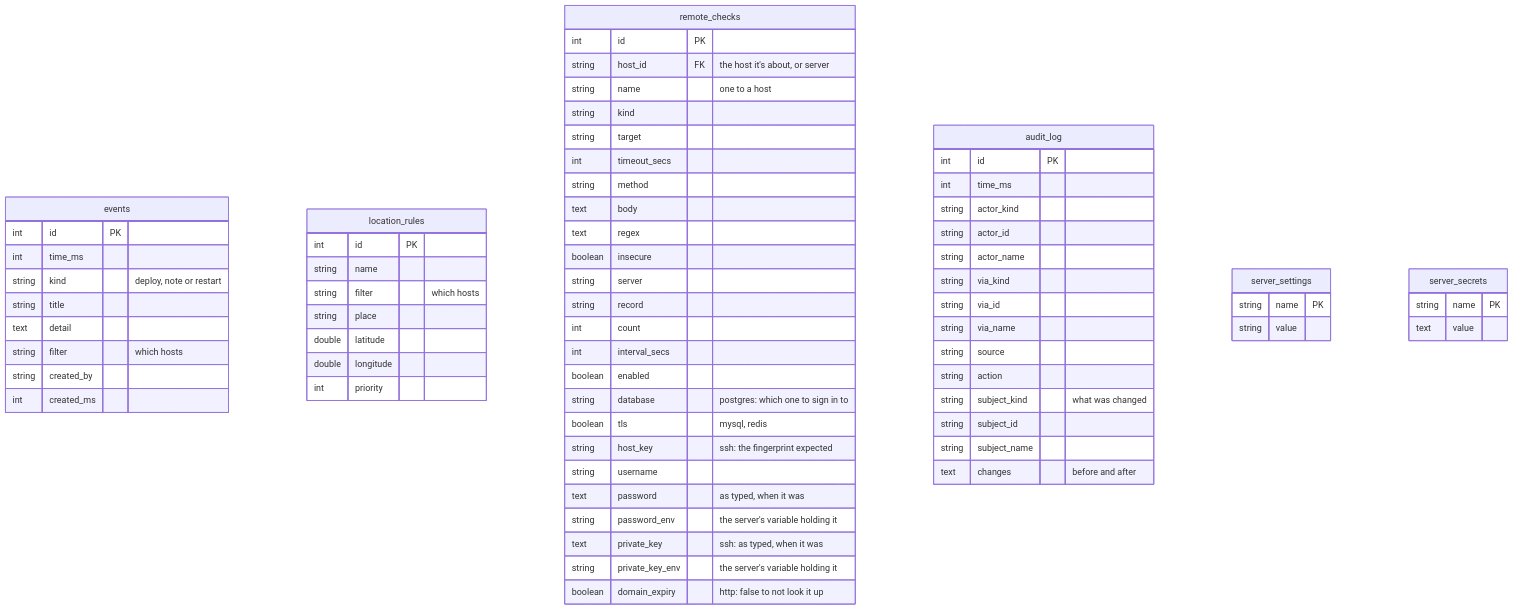
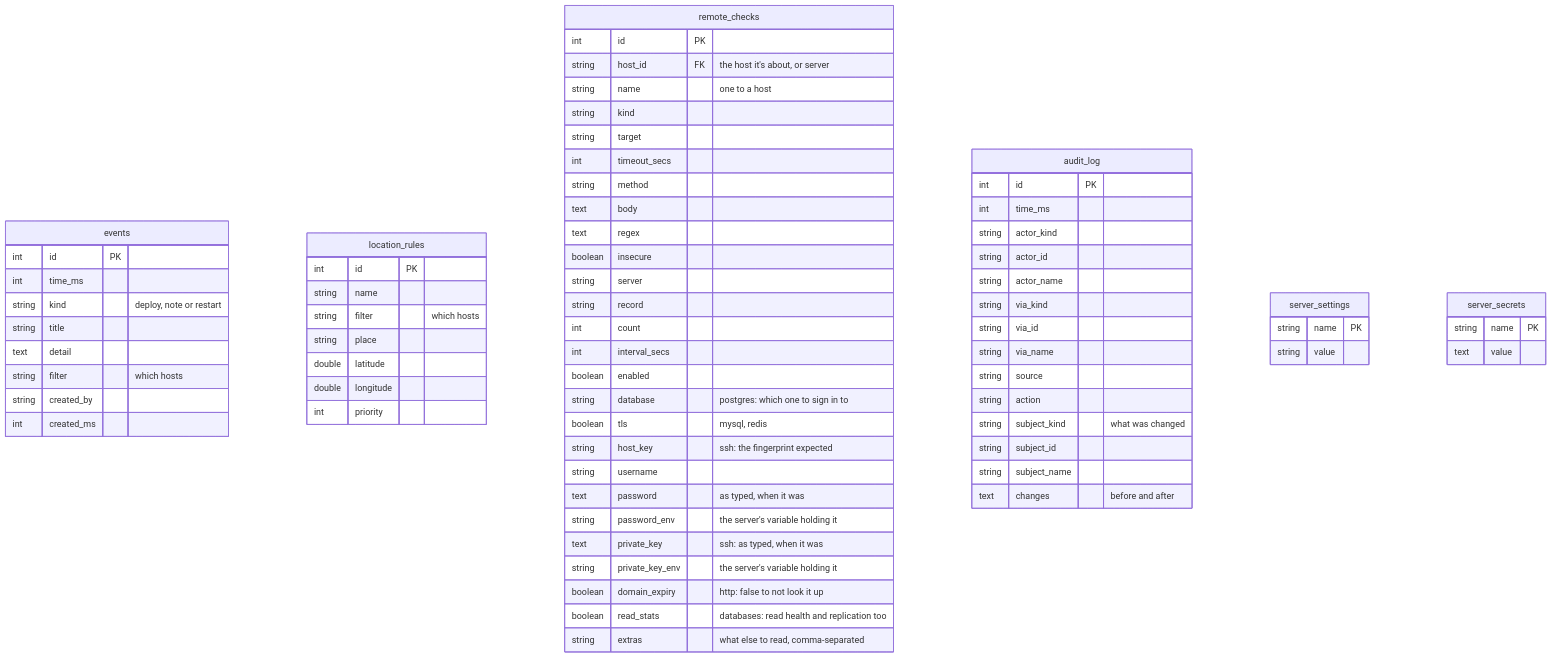
One commit to sfreiberg/maxnines changed the second of 4 diagrams in database/README.md. Above: the diagram before and after it, drawn with Mermaid. The commit also changed 13 other files, not shown here.

First line of the commit message:
Read databases' stats from the server for hosts without an agent

````diff
--- a/database/README.md
+++ b/database/README.md
@@ -316,72 +316,74 @@
 ```mermaid
 erDiagram
     events {
         int id PK
         int time_ms
         string kind "deploy, note or restart"
         string title
         text detail
         string filter "which hosts"
         string created_by
         int created_ms
     }
     location_rules {
         int id PK
         string name
         string filter "which hosts"
         string place
         double latitude
         double longitude
         int priority
     }
     remote_checks {
         int id PK
         string host_id FK "the host it's about, or server"
         string name "one to a host"
         string kind
         string target
         int timeout_secs
         string method
         text body
         text regex
         boolean insecure
         string server
         string record
         int count
         int interval_secs
         boolean enabled
         string database "postgres: which one to sign in to"
         boolean tls "mysql, redis"
         string host_key "ssh: the fingerprint expected"
         string username
         text password "as typed, when it was"
         string password_env "the server's variable holding it"
         text private_key "ssh: as typed, when it was"
         string private_key_env "the server's variable holding it"
         boolean domain_expiry "http: false to not look it up"
+        boolean read_stats "databases: read health and replication too"
+        string extras "what else to read, comma-separated"
     }
     audit_log {
         int id PK
         int time_ms
         string actor_kind
         string actor_id
         string actor_name
         string via_kind
         string via_id
         string via_name
         string source
         string action
         string subject_kind "what was changed"
         string subject_id
         string subject_name
         text changes "before and after"
     }
     server_settings {
         string name PK
         string value
     }
     server_secrets {
         string name PK
         text value
     }
 ```
````
